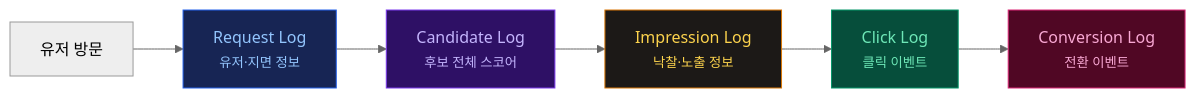
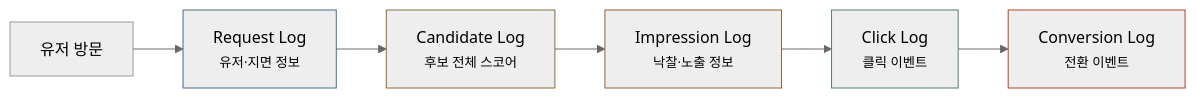
Before and after one commit to chkimsu/adtech-blog: the first of 5 diagrams in posts/ad-log-system.md, drawn with Mermaid (neutral theme). The commit also changed other lines of this file and 40 other files, not shown here.

````diff
--- a/posts/ad-log-system.md
+++ b/posts/ad-log-system.md
@@ -21,14 +21,14 @@
 ```mermaid
 graph LR
     A["유저 방문"] --> B["Request Log<br/><small>유저·지면 정보</small>"]
     B --> C["Candidate Log<br/><small>후보 전체 스코어</small>"]
     C --> D["Impression Log<br/><small>낙찰·노출 정보</small>"]
     D --> E["Click Log<br/><small>클릭 이벤트</small>"]
     E --> F["Conversion Log<br/><small>전환 이벤트</small>"]
 
-    style B fill:#172554,stroke:#2563eb,color:#93c5fd
-    style C fill:#2e1065,stroke:#7c3aed,color:#c4b5fd
-    style D fill:#1c1917,stroke:#d97706,color:#fcd34d
-    style E fill:#064e3b,stroke:#059669,color:#6ee7b7
-    style F fill:#500724,stroke:#db2777,color:#f9a8d4
+    style B stroke:#4a6b8a
+    style C stroke:#8a6a3a
+    style D stroke:#8f6231
+    style E stroke:#5b7d6a
+    style F stroke:#b0442c
 ```
````
